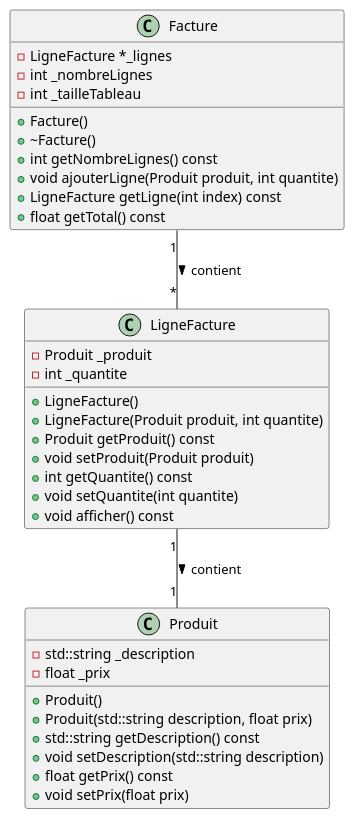
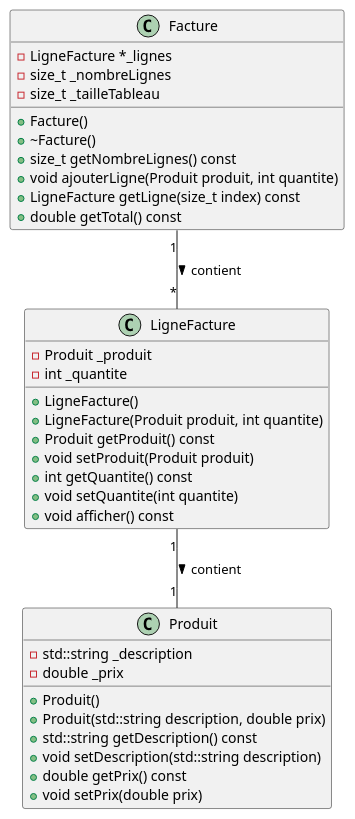
Before and after one commit to plbrault/420-SF2-RE: the diagram in exemples/chapitre4/facture-produit/diagramme.plantuml, drawn with PlantUML. The commit also changed other lines of this file, not shown here.

Commit message:
Utiliser double et size_t dans le diagramme de facture-produit (#38)

```diff
--- a/exemples/chapitre4/facture-produit/diagramme.plantuml
+++ b/exemples/chapitre4/facture-produit/diagramme.plantuml
@@ -1,40 +1,40 @@
 @startuml
 class Produit {
     - std::string _description
-    - float _prix
+    - double _prix
     + Produit()
-    + Produit(std::string description, float prix)
+    + Produit(std::string description, double prix)
     + std::string getDescription() const
     + void setDescription(std::string description)
-    + float getPrix() const
-    + void setPrix(float prix)
+    + double getPrix() const
+    + void setPrix(double prix)
 }
 
 class LigneFacture {
     - Produit _produit
     - int _quantite
     + LigneFacture()
     + LigneFacture(Produit produit, int quantite)
     + Produit getProduit() const
     + void setProduit(Produit produit)
     + int getQuantite() const
     + void setQuantite(int quantite)
     + void afficher() const
 }
 
 class Facture {
     - LigneFacture *_lignes
-    - int _nombreLignes
-    - int _tailleTableau
+    - size_t _nombreLignes
+    - size_t _tailleTableau
     + Facture()
     + ~Facture()
-    + int getNombreLignes() const
+    + size_t getNombreLignes() const
     + void ajouterLigne(Produit produit, int quantite)
-    + LigneFacture getLigne(int index) const
-    + float getTotal() const
+    + LigneFacture getLigne(size_t index) const
+    + double getTotal() const
 }
 
 ' Relations
 LigneFacture "1" -- "1" Produit : contient >
 Facture "1" -- "*" LigneFacture : contient >
 @enduml
```
